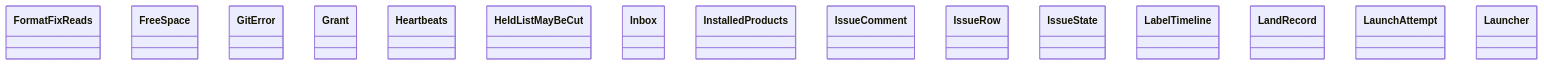
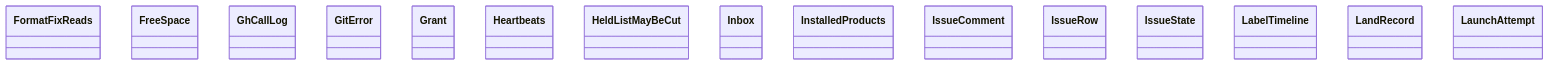
Before and after one commit to GonzaloZevallos/agentic-system: the diagram in docs/architecture/generated/classes-process-application-support-3.md, drawn with Mermaid. The commit also changed 9 other files, not shown here.

Commit message:
Regenerate the architecture docs for the GhCallLog seam

````diff
--- a/docs/architecture/generated/classes-process-application-support-3.md
+++ b/docs/architecture/generated/classes-process-application-support-3.md
@@ -20,18 +20,18 @@
 ```mermaid
 classDiagram
     class ports__FormatFixReads["FormatFixReads"]
     class ports__FreeSpace["FreeSpace"]
+    class ports__GhCallLog["GhCallLog"]
     class ports__GitError["GitError"]
     class ports__Grant["Grant"]
     class ports__Heartbeats["Heartbeats"]
     class ports__HeldListMayBeCut["HeldListMayBeCut"]
     class ports__Inbox["Inbox"]
     class ports__InstalledProducts["InstalledProducts"]
     class ports__IssueComment["IssueComment"]
     class ports__IssueRow["IssueRow"]
     class ports__IssueState["IssueState"]
     class ports__LabelTimeline["LabelTimeline"]
     class ports__LandRecord["LandRecord"]
     class ports__LaunchAttempt["LaunchAttempt"]
-    class ports__Launcher["Launcher"]
 ```
````
